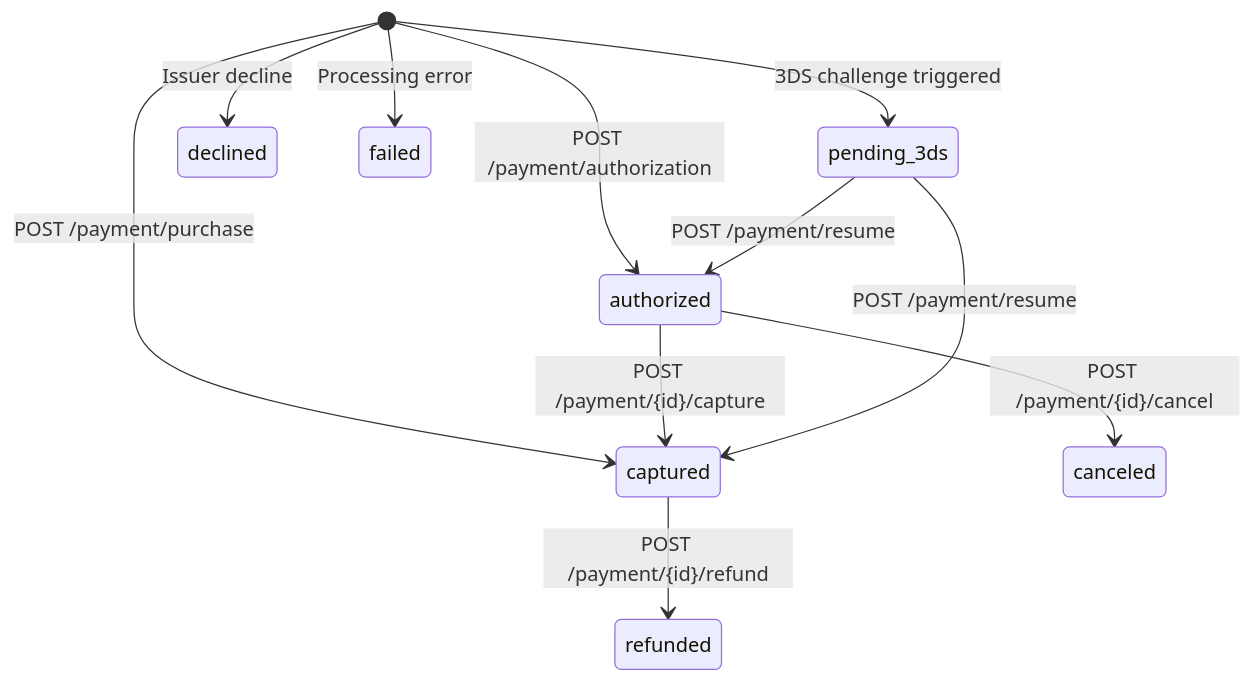
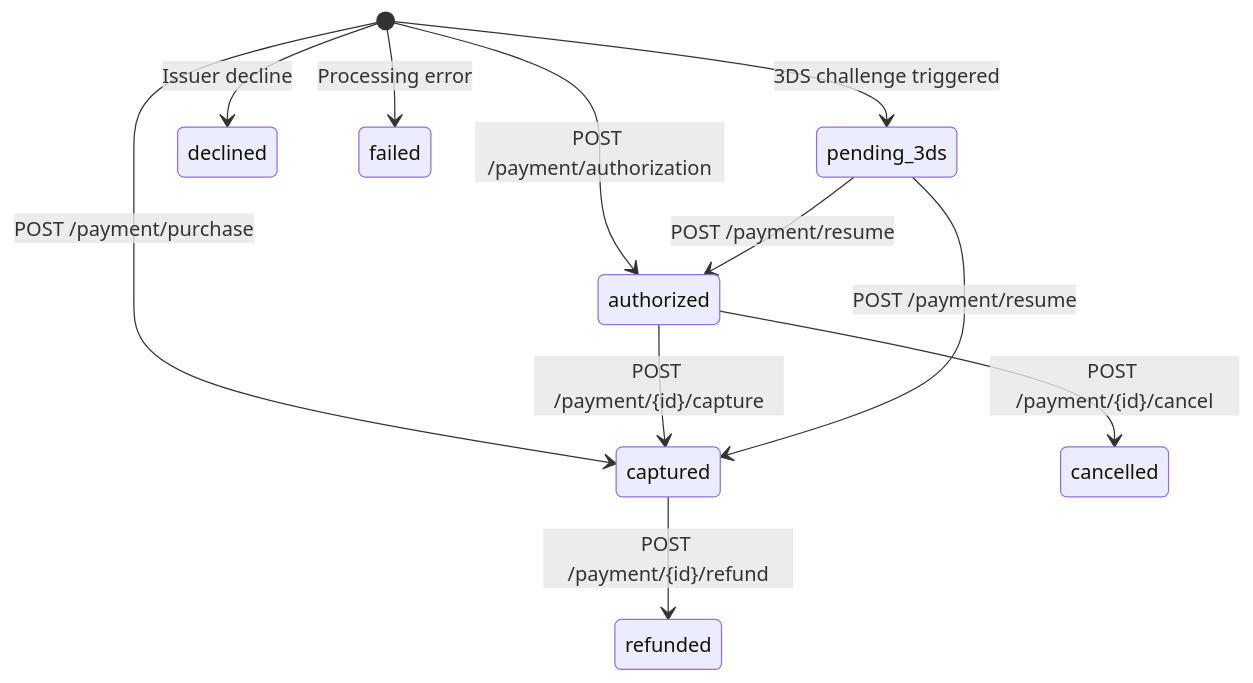
Before and after one commit to therius-pay/docs: the diagram in concepts/payment-lifecycle.mdx, drawn with Mermaid. The commit also changed other lines of this file and 60 other files, not shown here.

````diff
--- a/concepts/payment-lifecycle.mdx
+++ b/concepts/payment-lifecycle.mdx
@@ -76,13 +76,13 @@
 ```mermaid
 stateDiagram-v2
     [*] --> authorized : POST /payment/authorization
     [*] --> captured : POST /payment/purchase
     authorized --> captured : POST /payment/{id}/capture
-    authorized --> canceled : POST /payment/{id}/cancel
+    authorized --> cancelled : POST /payment/{id}/cancel
     captured --> refunded : POST /payment/{id}/refund
     [*] --> pending_3ds : 3DS challenge triggered
     pending_3ds --> authorized : POST /payment/resume
     pending_3ds --> captured : POST /payment/resume
     [*] --> declined : Issuer decline
     [*] --> failed : Processing error
 ```
````
